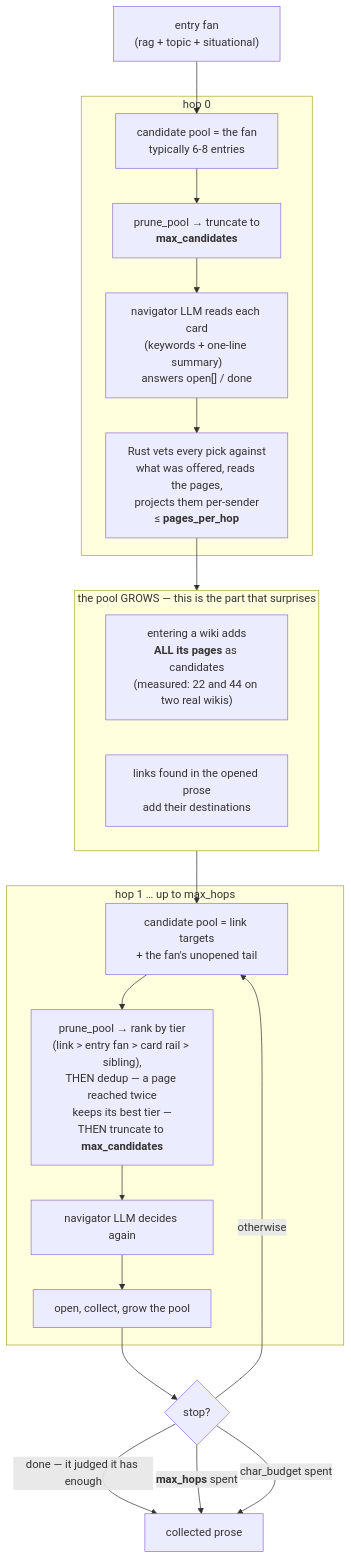
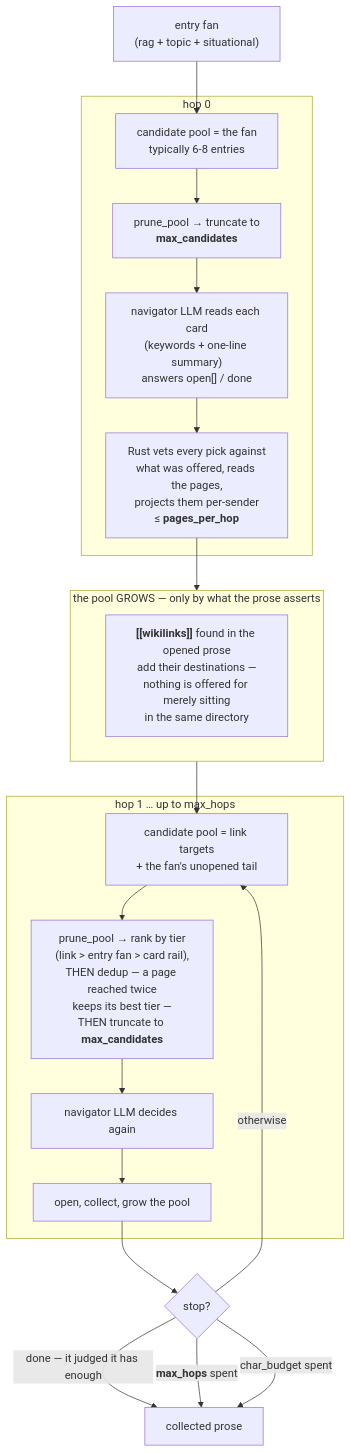
One commit to Fr4nZ82/mwe-mcp changed the second of 2 diagrams in docs/design-notes/recall-pipeline.md. Above: the diagram before and after it, drawn with Mermaid. The commit also changed other lines of this file and 3 other files, not shown here.

````diff
--- a/docs/design-notes/recall-pipeline.md
+++ b/docs/design-notes/recall-pipeline.md
@@ -137,33 +137,32 @@
 ```mermaid
 flowchart TB
     FAN["entry fan<br/>(rag + topic + situational)"] --> POOL0
 
     subgraph H0["hop 0"]
         POOL0["candidate pool = the fan<br/>typically 6-8 entries"]
         POOL0 --> PRUNE0["prune_pool → truncate to<br/><b>max_candidates</b>"]
         PRUNE0 --> LLM0["navigator LLM reads each card<br/>(keywords + one-line summary)<br/>answers open[] / done"]
         LLM0 --> OPEN0["Rust vets every pick against<br/>what was offered, reads the pages,<br/>projects them per-sender<br/>≤ <b>pages_per_hop</b>"]
     end
 
     OPEN0 --> GROW
 
-    subgraph GROW["the pool GROWS — this is the part that surprises"]
-        G1["entering a wiki adds<br/><b>ALL its pages</b> as candidates<br/>(measured: 22 and 44 on two real wikis)"]
-        G2["links found in the opened prose<br/>add their destinations"]
+    subgraph GROW["the pool GROWS — only by what the prose asserts"]
+        G1["<b>[[wikilinks]]</b> found in the opened prose<br/>add their destinations —<br/>nothing is offered for merely sitting<br/>in the same directory"]
     end
 
     GROW --> POOL1
 
     subgraph H1["hop 1 … up to max_hops"]
         POOL1["candidate pool = link targets<br/>+ the fan's unopened tail"]
-        POOL1 --> PRUNE1["prune_pool → rank by tier<br/>(link &gt; entry fan &gt; card rail &gt; sibling),<br/>THEN dedup — a page reached twice<br/>keeps its best tier —<br/>THEN truncate to <b>max_candidates</b>"]
+        POOL1 --> PRUNE1["prune_pool → rank by tier<br/>(link &gt; entry fan &gt; card rail),<br/>THEN dedup — a page reached twice<br/>keeps its best tier —<br/>THEN truncate to <b>max_candidates</b>"]
         PRUNE1 --> LLM1["navigator LLM decides again"]
         LLM1 --> OPEN1["open, collect, grow the pool"]
     end
 
     OPEN1 --> STOP{"stop?"}
     STOP -->|"done — it judged it has enough"| OUT["collected prose"]
     STOP -->|"<b>max_hops</b> spent"| OUT
     STOP -->|"char_budget spent"| OUT
     STOP -->|"otherwise"| POOL1
 ```
````
